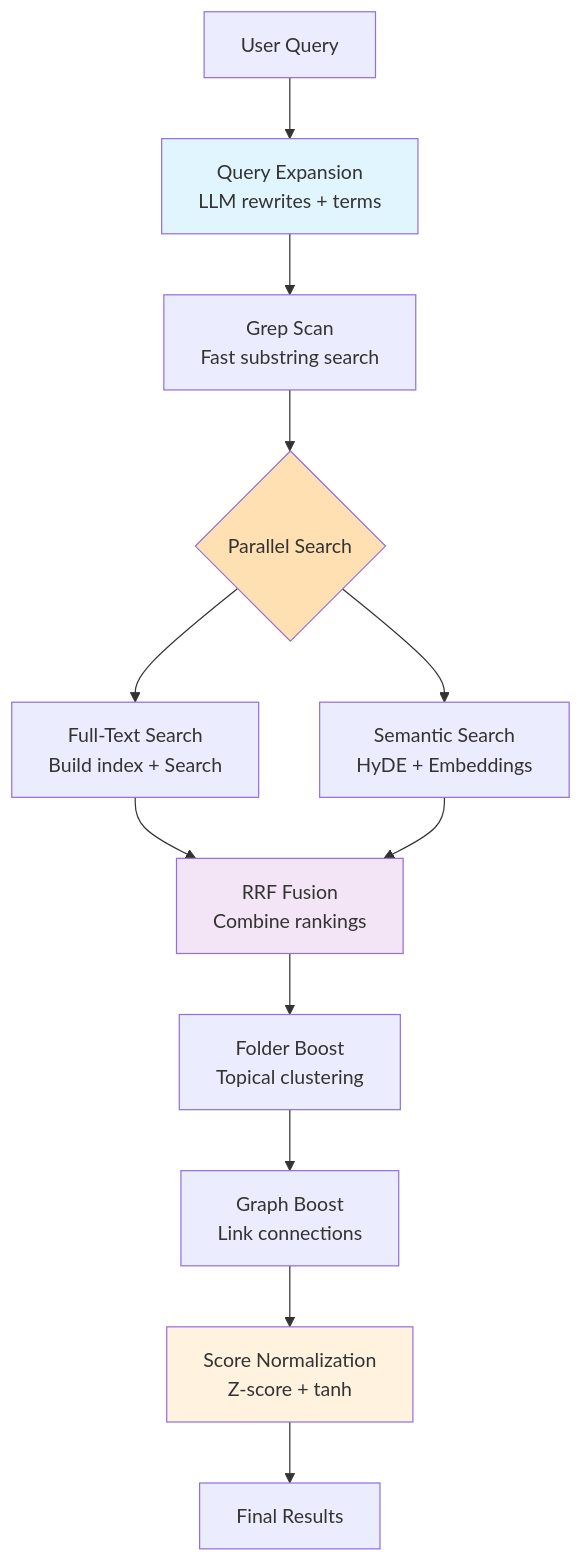
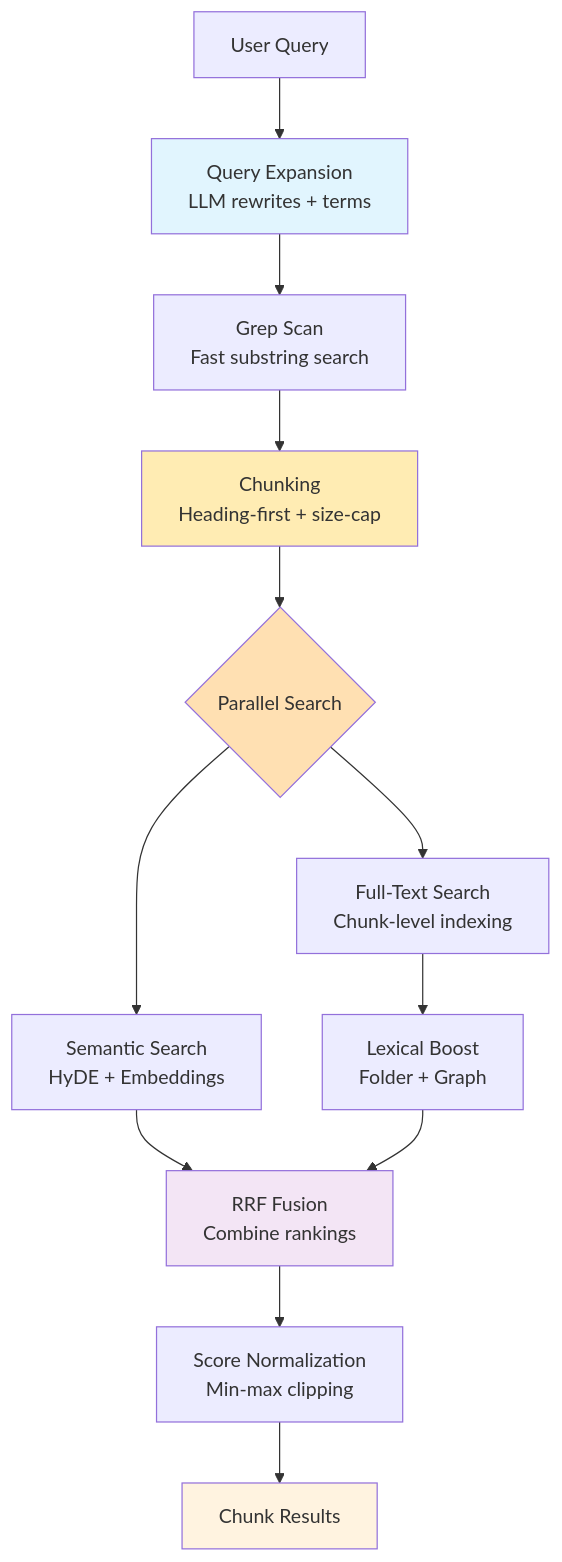
The diagram in src/search/v3/README.md (logancyang/obsidian-copilot), drawn with Mermaid before and after one commit. The commit also changed other lines of this file and 11 other files, not shown here.

````diff
--- a/src/search/v3/README.md
+++ b/src/search/v3/README.md
@@ -7,19 +7,20 @@
 ```mermaid
 graph TD
     A[User Query] --> B[Query Expansion<br/>LLM rewrites + terms]
     B --> C[Grep Scan<br/>Fast substring search]
-    C --> D{Parallel Search}
-    D --> E[Full-Text Search<br/>Build index + Search]
-    D --> F[Semantic Search<br/>HyDE + Embeddings]
-    E --> G[RRF Fusion<br/>Combine rankings]
-    F --> G
-    G --> H[Folder Boost<br/>Topical clustering]
-    H --> I[Graph Boost<br/>Link connections]
-    I --> J[Score Normalization<br/>Z-score + tanh]
-    J --> K[Final Results]
+    C --> D[Chunking<br/>Heading-first + size-cap]
+    D --> E{Parallel Search}
+    E --> F[Full-Text Search<br/>Chunk-level indexing]
+    E --> G[Semantic Search<br/>HyDE + Embeddings]
+    F --> H[Lexical Boost<br/>Folder + Graph]
+    G --> I[RRF Fusion<br/>Combine rankings]
+    H --> I
+    I --> J[Score Normalization<br/>Min-max clipping]
+    J --> K[Chunk Results]
 
     style B fill:#e1f5fe
-    style D fill:#ffe0b2
-    style G fill:#f3e5f5
-    style J fill:#fff3e0
+    style D fill:#ffecb3
+    style E fill:#ffe0b2
+    style I fill:#f3e5f5
+    style K fill:#fff3e0
 ```
````
